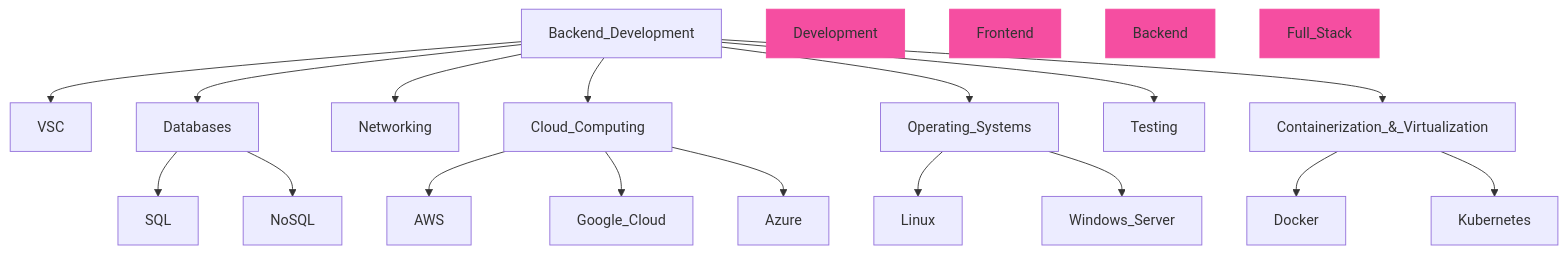
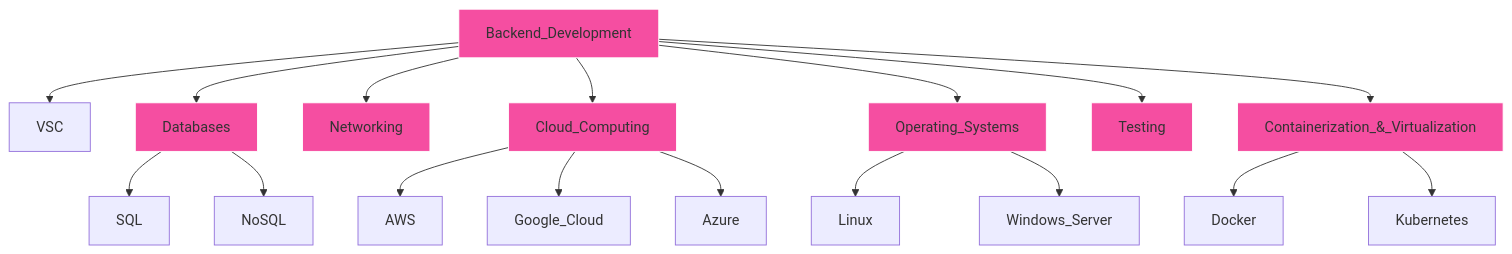
One commit to Azriel1909/Pink-academy changed the diagram in Module_1/2.md. Above: the diagram before and after it, drawn with Mermaid.

Commit message:
Module 1 update

````diff
--- a/Module_1/2.md
+++ b/Module_1/2.md
@@ -1,23 +1,26 @@
 ```mermaid
 graph TB
     Backend_Development --> VSC
     Backend_Development --> Databases
     Databases --> SQL
     Databases --> NoSQL
     Backend_Development --> Networking
     Backend_Development --> Cloud_Computing
     Cloud_Computing --> AWS
     Cloud_Computing --> Google_Cloud
     Cloud_Computing --> Azure
     Backend_Development --> Operating_Systems
     Operating_Systems --> Linux
     Operating_Systems --> Windows_Server
     Backend_Development --> Testing
     Backend_Development --> Containerization_&_Virtualization
     Containerization_&_Virtualization --> Docker
     Containerization_&_Virtualization --> Kubernetes
-style Development fill:#F54EA1,stroke:#F54EA1
-style Frontend fill:#F54EA1,stroke:#F54EA1
-style Backend fill:#F54EA1,stroke:#F54EA1
-style Full_Stack fill:#F54EA1,stroke:#F54EA1
+    style Backend_Development fill:#F54EA1,stroke:#FFFFFF
+    style Databases fill:#F54EA1,stroke:#FFFFFF
+    style Networking fill:#F54EA1,stroke:#FFFFFF
+    style Cloud_Computing fill:#F54EA1,stroke:#FFFFFF
+    style Operating_Systems fill:#F54EA1,stroke:#FFFFFF
+    style Testing fill:#F54EA1,stroke:#FFFFFF
+    style Containerization_&_Virtualization fill:#F54EA1,stroke:#FFFFFF
 ```
````
